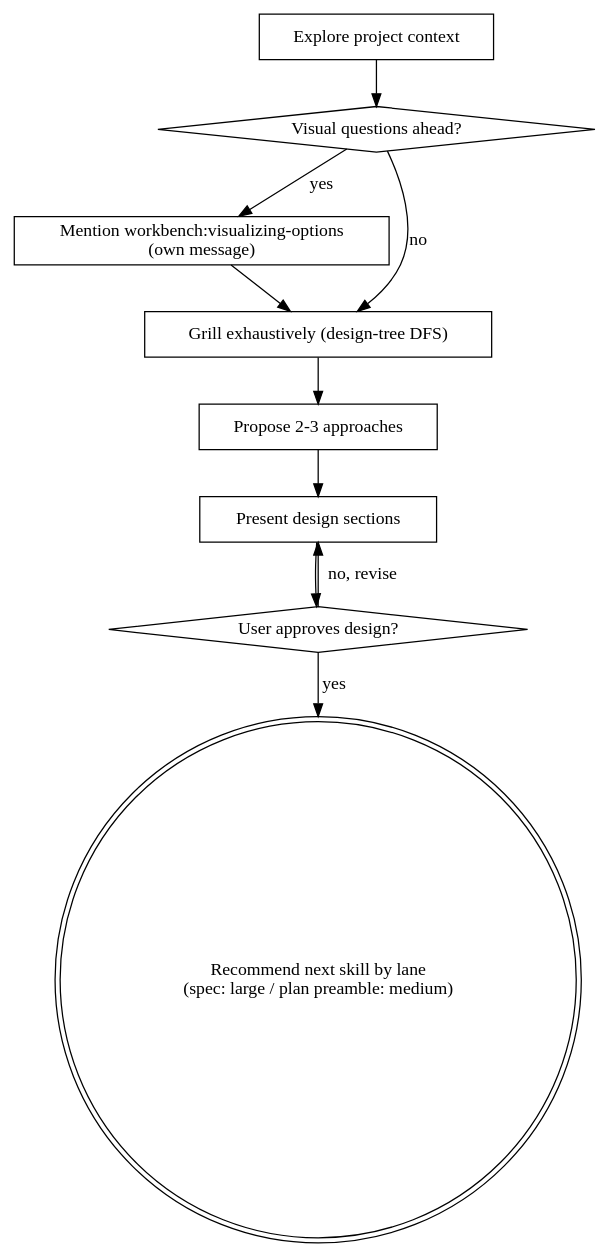
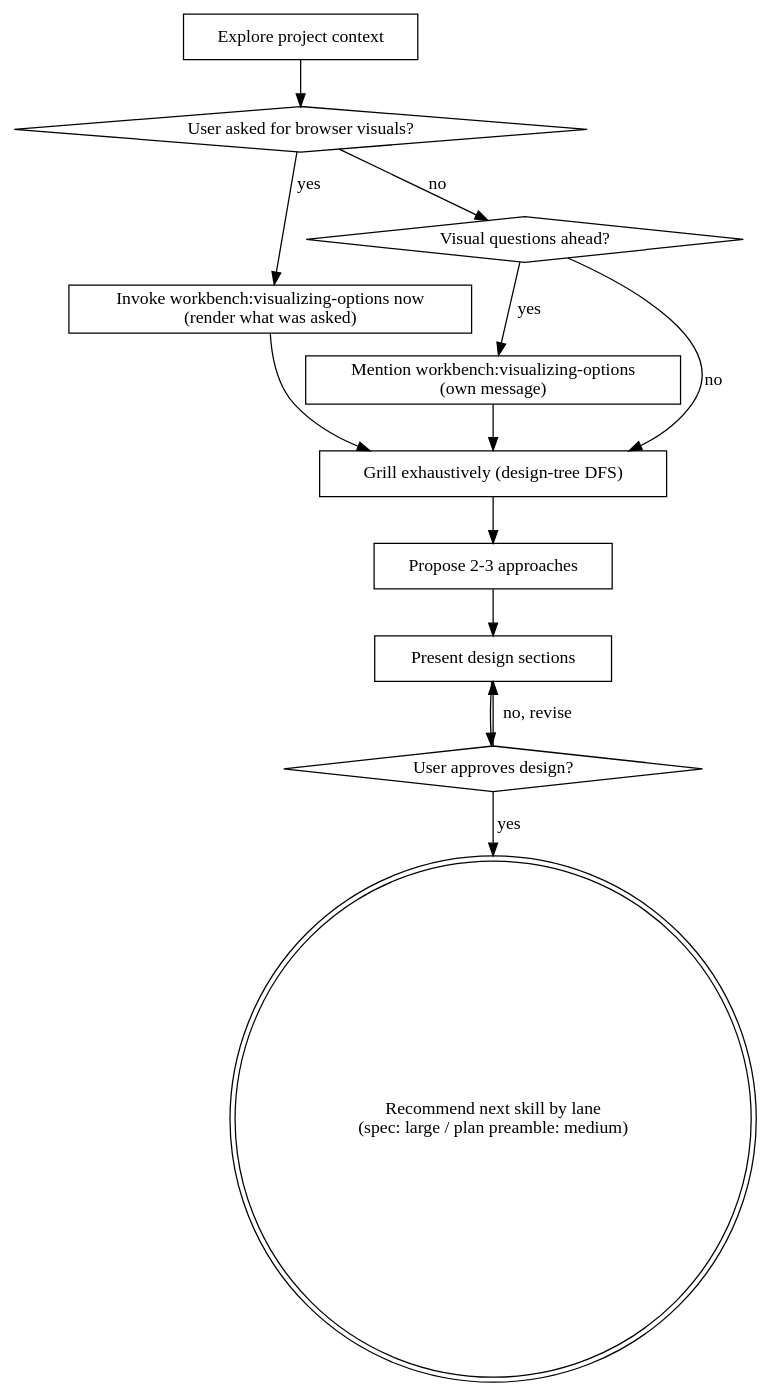
One commit to pgoell/pgoell-claude-tools changed the diagram in plugins/workbench/skills/brainstorming/SKILL.md. Above: the diagram before and after it, drawn with Graphviz. The commit also changed other lines of this file and 13 other files, not shown here.

First line of the commit message:
fix(workbench): brainstorming renders at once when the user asked for browser visuals (closes #233) (#258)

````diff
--- a/plugins/workbench/skills/brainstorming/SKILL.md
+++ b/plugins/workbench/skills/brainstorming/SKILL.md
@@ -71,22 +71,27 @@
 ```dot
 digraph brainstorming {
     "Explore project context" [shape=box];
+    "User asked for browser visuals?" [shape=diamond];
+    "Invoke workbench:visualizing-options now\n(render what was asked)" [shape=box];
     "Visual questions ahead?" [shape=diamond];
     "Mention workbench:visualizing-options\n(own message)" [shape=box];
     "Grill exhaustively (design-tree DFS)" [shape=box];
     "Propose 2-3 approaches" [shape=box];
     "Present design sections" [shape=box];
     "User approves design?" [shape=diamond];
     "Recommend next skill by lane\n(spec: large / plan preamble: medium)" [shape=doublecircle];
 
-    "Explore project context" -> "Visual questions ahead?";
+    "Explore project context" -> "User asked for browser visuals?";
+    "User asked for browser visuals?" -> "Invoke workbench:visualizing-options now\n(render what was asked)" [label="yes"];
+    "User asked for browser visuals?" -> "Visual questions ahead?" [label="no"];
+    "Invoke workbench:visualizing-options now\n(render what was asked)" -> "Grill exhaustively (design-tree DFS)";
     "Visual questions ahead?" -> "Mention workbench:visualizing-options\n(own message)" [label="yes"];
     "Visual questions ahead?" -> "Grill exhaustively (design-tree DFS)" [label="no"];
     "Mention workbench:visualizing-options\n(own message)" -> "Grill exhaustively (design-tree DFS)";
     "Grill exhaustively (design-tree DFS)" -> "Propose 2-3 approaches";
     "Propose 2-3 approaches" -> "Present design sections";
     "Present design sections" -> "User approves design?";
     "User approves design?" -> "Present design sections" [label="no, revise"];
     "User approves design?" -> "Recommend next skill by lane\n(spec: large / plan preamble: medium)" [label="yes"];
 }
 ```
````
